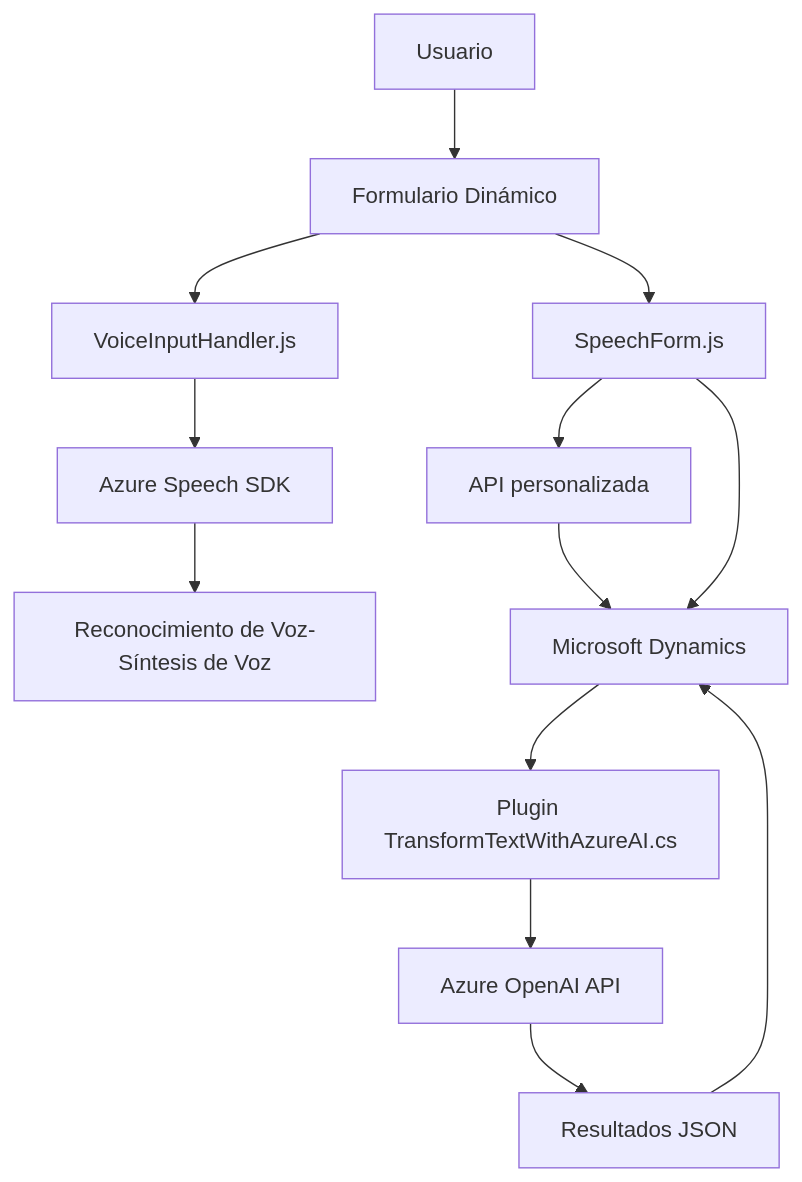
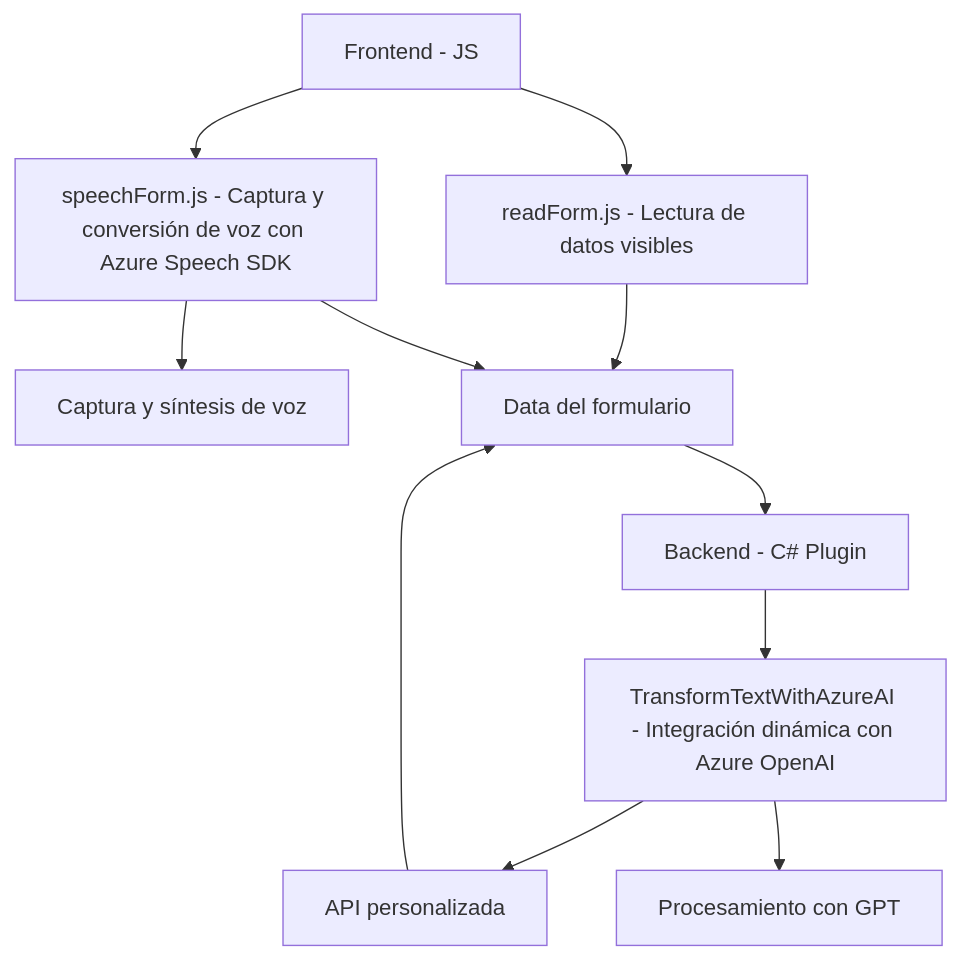
The diagram in README.md (blopezdm/NETCORE_BILBAO2025), drawn with Mermaid before and after one commit. The commit also changed other lines of this file, not shown here.

Commit message:
Actualizar análisis global de la solución con IA

````diff
--- a/README.md
+++ b/README.md
@@ -46,17 +40,26 @@
 ```mermaid
 graph TD
-    A["Usuario"] --> B["Formulario Dinámico"]
-    B --> C["VoiceInputHandler.js"]
-    C --> D["Azure Speech SDK"]
-    D --> E["Reconocimiento de Voz-Síntesis de Voz"]
+    A["Frontend - JS"]
 
-    B --> F["SpeechForm.js"]
-    F --> G["API personalizada"]
-    G --> H["Microsoft Dynamics"]
-    F --> H
+    A1["readForm.js - Lectura de datos visibles"]
+    A2["speechForm.js - Captura y conversión de voz con Azure Speech SDK"]
 
-    H --> I["Plugin TransformTextWithAzureAI.cs"]
-    I --> J["Azure OpenAI API"]
-    J --> K["Resultados JSON"]
-    K --> H
+    B["Backend - C# Plugin"]
+    B1["TransformTextWithAzureAI - Integración dinámica con Azure OpenAI"]
+    B2["Dynamics 365 API"]
+
+    C["Azure Speech SDK"]
+    D["Azure OpenAI API"]
+    E["Dynamics CRM Forms"]
+
+    A --> A1
+    A --> A2
+    A2 --> C["Captura y síntesis de voz"]
+    A1 --> E["Data del formulario"]
+    A2 --> E
+    E --> B
+    B --> B1
+    B1 --> B2["API personalizada"]
+    B1 --> D["Procesamiento con GPT"]
+    B2 --> E
 ```
````
